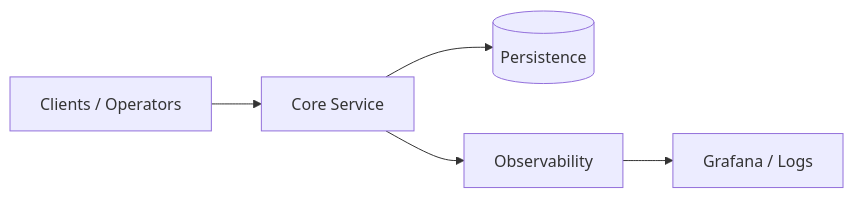
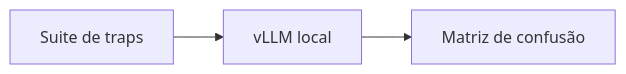
Before and after one commit to SrSatriano/cognitive-bias-hallucination-trap: the diagram in docs/ARCHITECTURE.md, drawn with Mermaid. The commit also changed other lines of this file and 7 other files, not shown here.

````diff
--- a/docs/ARCHITECTURE.md
+++ b/docs/ARCHITECTURE.md
@@ -7,7 +13,5 @@
 ```mermaid
 flowchart LR
-  Client[Clients / Operators] --> API[Core Service]
-  API --> Store[(Persistence)]
-  API --> Metrics[Observability]
-  Metrics --> Dashboard[Grafana / Logs]
+  TRAP[Suite de traps] --> LLM[vLLM local]
+  LLM --> MAT[Matriz de confusão]
 ```
````
